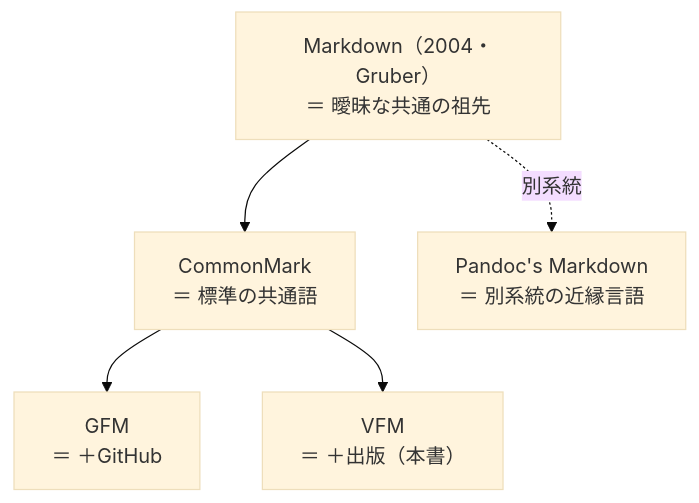
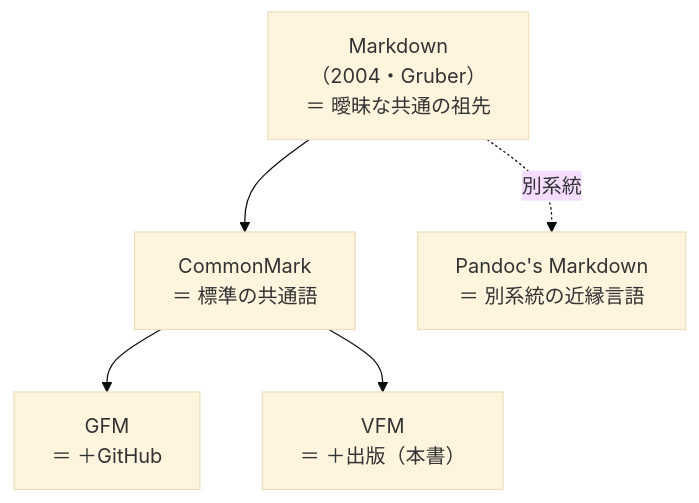
One commit to Atelier-Mirai/vivlio-starter changed the diagram in contents/21-markdown-tutorial.md. Above: the diagram before and after it, drawn with Mermaid (base theme). The commit also changed 1 other file, not shown here.

Commit message:
docs(contents): 21章 mermaid MD ノードの改行を整える
htmlLabels:false 下では長いラテン語（Gruber）が枠幅で不格好に折れるため、
"Markdown" の直後にも明示改行を入れて 3 行に整える（実 PDF ビルドで確認）。

````diff
--- a/contents/21-markdown-tutorial.md
+++ b/contents/21-markdown-tutorial.md
@@ -70,12 +70,12 @@
 ```mermaid
 graph TD
-  MD["Markdown（2004・Gruber）<br/>＝ 曖昧な共通の祖先"]
+  MD["Markdown<br/>（2004・Gruber）<br/>＝ 曖昧な共通の祖先"]
   CM["CommonMark<br/>＝ 標準の共通語"]
   PD["Pandoc's Markdown<br/>＝ 別系統の近縁言語"]
   GFM["GFM<br/>＝ ＋GitHub"]
   VFM["VFM<br/>＝ ＋出版（本書）"]
   MD --> CM
   MD -.別系統.-> PD
   CM --> GFM
   CM --> VFM
 ```
````
